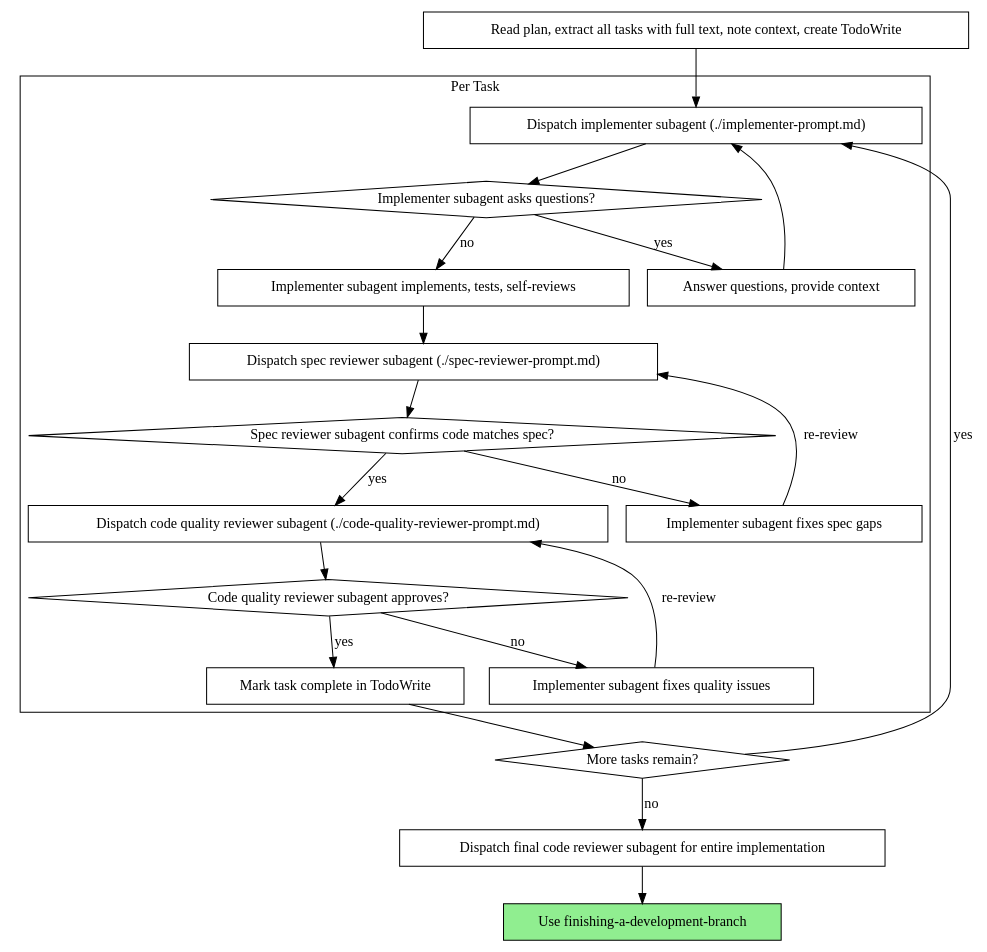
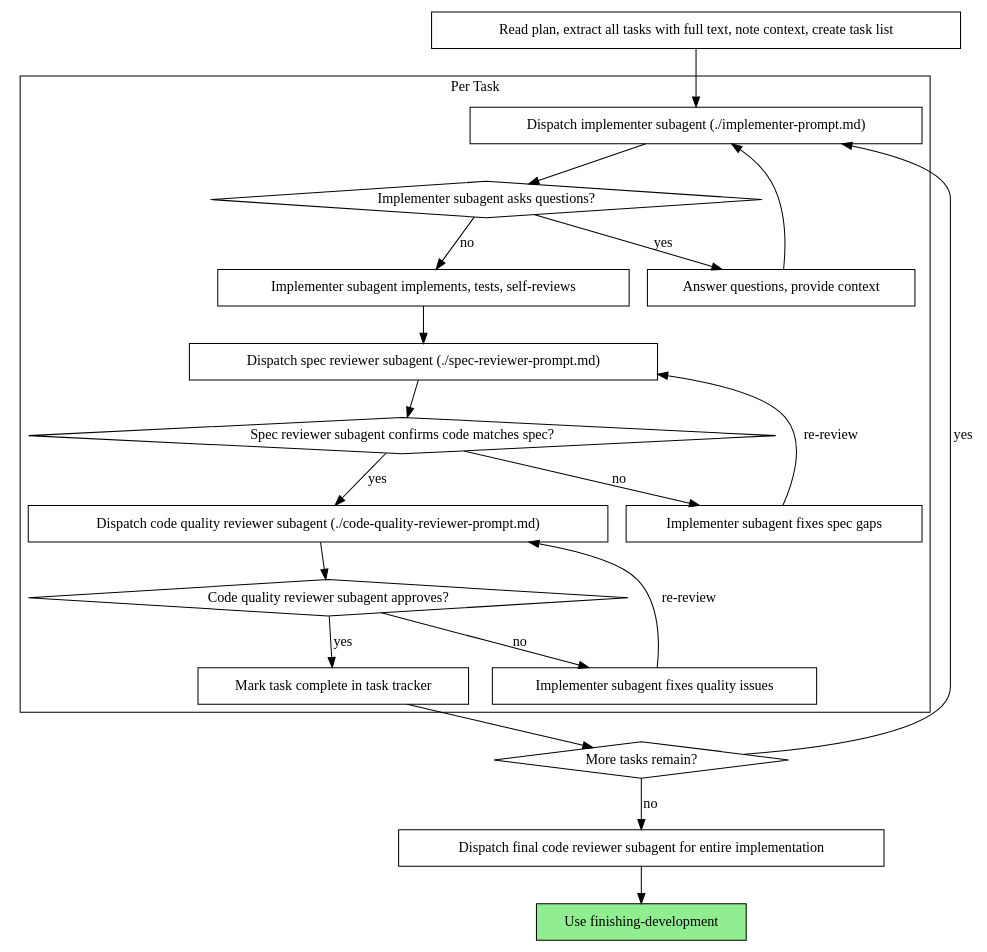
One commit to j10t-dev/1337-skills changed the second of 2 diagrams in skills/subagent-driven-development/SKILL.md. Above: the diagram before and after it, drawn with Graphviz. The commit also changed other lines of this file and 6 other files, not shown here.

````diff
--- a/skills/subagent-driven-development/SKILL.md
+++ b/skills/subagent-driven-development/SKILL.md
@@ -45,44 +46,44 @@
 ```dot
 digraph process {
     rankdir=TB;
 
     subgraph cluster_per_task {
         label="Per Task";
         "Dispatch implementer subagent (./implementer-prompt.md)" [shape=box];
         "Implementer subagent asks questions?" [shape=diamond];
         "Answer questions, provide context" [shape=box];
         "Implementer subagent implements, tests, self-reviews" [shape=box];
         "Dispatch spec reviewer subagent (./spec-reviewer-prompt.md)" [shape=box];
         "Spec reviewer subagent confirms code matches spec?" [shape=diamond];
         "Implementer subagent fixes spec gaps" [shape=box];
         "Dispatch code quality reviewer subagent (./code-quality-reviewer-prompt.md)" [shape=box];
         "Code quality reviewer subagent approves?" [shape=diamond];
         "Implementer subagent fixes quality issues" [shape=box];
-        "Mark task complete in TodoWrite" [shape=box];
+        "Mark task complete in task tracker" [shape=box];
     }
 
-    "Read plan, extract all tasks with full text, note context, create TodoWrite" [shape=box];
+    "Read plan, extract all tasks with full text, note context, create task list" [shape=box];
     "More tasks remain?" [shape=diamond];
     "Dispatch final code reviewer subagent for entire implementation" [shape=box];
-    "Use finishing-a-development-branch" [shape=box style=filled fillcolor=lightgreen];
+    "Use finishing-development" [shape=box style=filled fillcolor=lightgreen];
 
-    "Read plan, extract all tasks with full text, note context, create TodoWrite" -> "Dispatch implementer subagent (./implementer-prompt.md)";
+    "Read plan, extract all tasks with full text, note context, create task list" -> "Dispatch implementer subagent (./implementer-prompt.md)";
     "Dispatch implementer subagent (./implementer-prompt.md)" -> "Implementer subagent asks questions?";
     "Implementer subagent asks questions?" -> "Answer questions, provide context" [label="yes"];
     "Answer questions, provide context" -> "Dispatch implementer subagent (./implementer-prompt.md)";
     "Implementer subagent asks questions?" -> "Implementer subagent implements, tests, self-reviews" [label="no"];
     "Implementer subagent implements, tests, self-reviews" -> "Dispatch spec reviewer subagent (./spec-reviewer-prompt.md)";
     "Dispatch spec reviewer subagent (./spec-reviewer-prompt.md)" -> "Spec reviewer subagent confirms code matches spec?";
     "Spec reviewer subagent confirms code matches spec?" -> "Implementer subagent fixes spec gaps" [label="no"];
     "Implementer subagent fixes spec gaps" -> "Dispatch spec reviewer subagent (./spec-reviewer-prompt.md)" [label="re-review"];
     "Spec reviewer subagent confirms code matches spec?" -> "Dispatch code quality reviewer subagent (./code-quality-reviewer-prompt.md)" [label="yes"];
     "Dispatch code quality reviewer subagent (./code-quality-reviewer-prompt.md)" -> "Code quality reviewer subagent approves?";
     "Code quality reviewer subagent approves?" -> "Implementer subagent fixes quality issues" [label="no"];
     "Implementer subagent fixes quality issues" -> "Dispatch code quality reviewer subagent (./code-quality-reviewer-prompt.md)" [label="re-review"];
-    "Code quality reviewer subagent approves?" -> "Mark task complete in TodoWrite" [label="yes"];
-    "Mark task complete in TodoWrite" -> "More tasks remain?";
+    "Code quality reviewer subagent approves?" -> "Mark task complete in task tracker" [label="yes"];
+    "Mark task complete in task tracker" -> "More tasks remain?";
     "More tasks remain?" -> "Dispatch implementer subagent (./implementer-prompt.md)" [label="yes"];
     "More tasks remain?" -> "Dispatch final code reviewer subagent for entire implementation" [label="no"];
-    "Dispatch final code reviewer subagent for entire implementation" -> "Use finishing-a-development-branch";
+    "Dispatch final code reviewer subagent for entire implementation" -> "Use finishing-development";
 }
 ```
````
